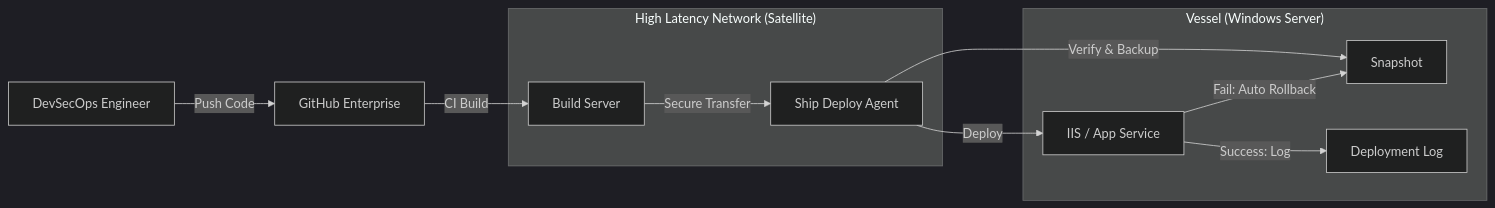
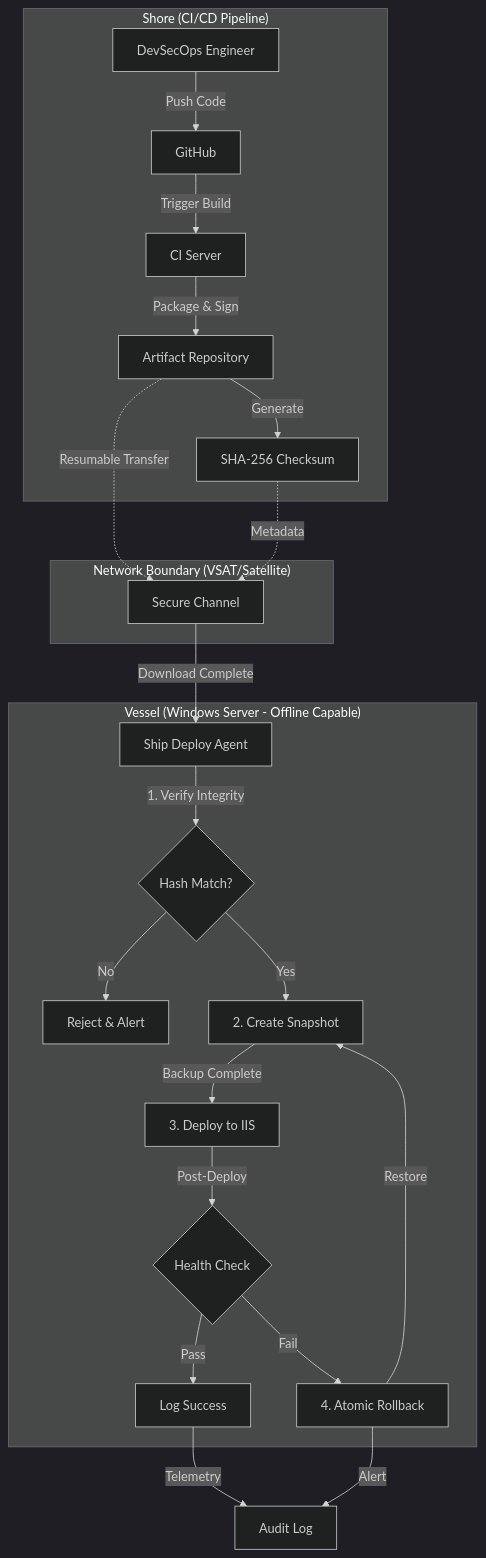
The diagram in README.md (mark-kang/ship-deploy-poc), drawn with Mermaid (dark theme) before and after one commit. The commit also changed other lines of this file, not shown here.

````diff
--- a/README.md
+++ b/README.md
@@ -34,16 +36,29 @@
 ```mermaid
-graph LR
-    User[DevSecOps Engineer] -->|Push Code| Git[GitHub Enterprise]
-    Git -->|CI Build| Artifact[Build Server]
-    
-    subgraph "High Latency Network (Satellite)"
-    Artifact -->|Secure Transfer| ShipAgent[Ship Deploy Agent]
+graph TB
+    subgraph "Shore (CI/CD Pipeline)"
+        Dev[DevSecOps Engineer] -->|Push Code| Git[GitHub]
+        Git -->|Trigger Build| CI[CI Server]
+        CI -->|Package & Sign| Artifact[Artifact Repository]
+        Artifact -->|Generate| Hash[SHA-256 Checksum]
     end
     
-    subgraph "Vessel (Windows Server)"
-    ShipAgent -->|Verify & Backup| Backup[Snapshot]
-    ShipAgent -->|Deploy| IIS[IIS / App Service]
-    IIS -->|Fail: Auto Rollback| Backup
-    IIS -->|Success: Log| Audit[Deployment Log]
+    subgraph "Network Boundary (VSAT/Satellite)"
+        Artifact -.->|Resumable Transfer| Transfer[Secure Channel]
+        Hash -.->|Metadata| Transfer
     end
+    
+    subgraph "Vessel (Windows Server - Offline Capable)"
+        Transfer -->|Download Complete| Agent[Ship Deploy Agent]
+        Agent -->|1. Verify Integrity| Verify{Hash Match?}
+        Verify -->|No| Reject[Reject & Alert]
+        Verify -->|Yes| Snapshot[2. Create Snapshot]
+        Snapshot -->|Backup Complete| Deploy[3. Deploy to IIS]
+        Deploy -->|Post-Deploy| Health{Health Check}
+        Health -->|Pass| Success[Log Success]
+        Health -->|Fail| Rollback[4. Atomic Rollback]
+        Rollback -->|Restore| Snapshot
+    end
+    
+    Success -->|Telemetry| Audit[Audit Log]
+    Rollback -->|Alert| Audit
 ```
````
